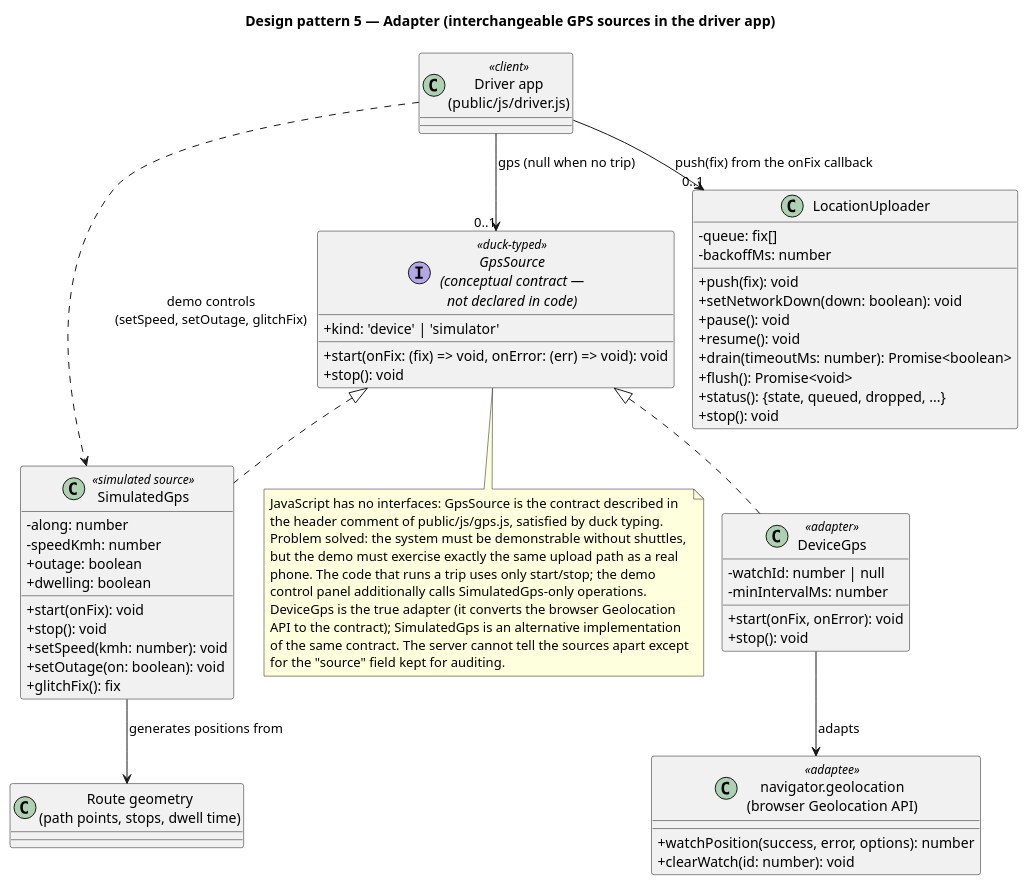
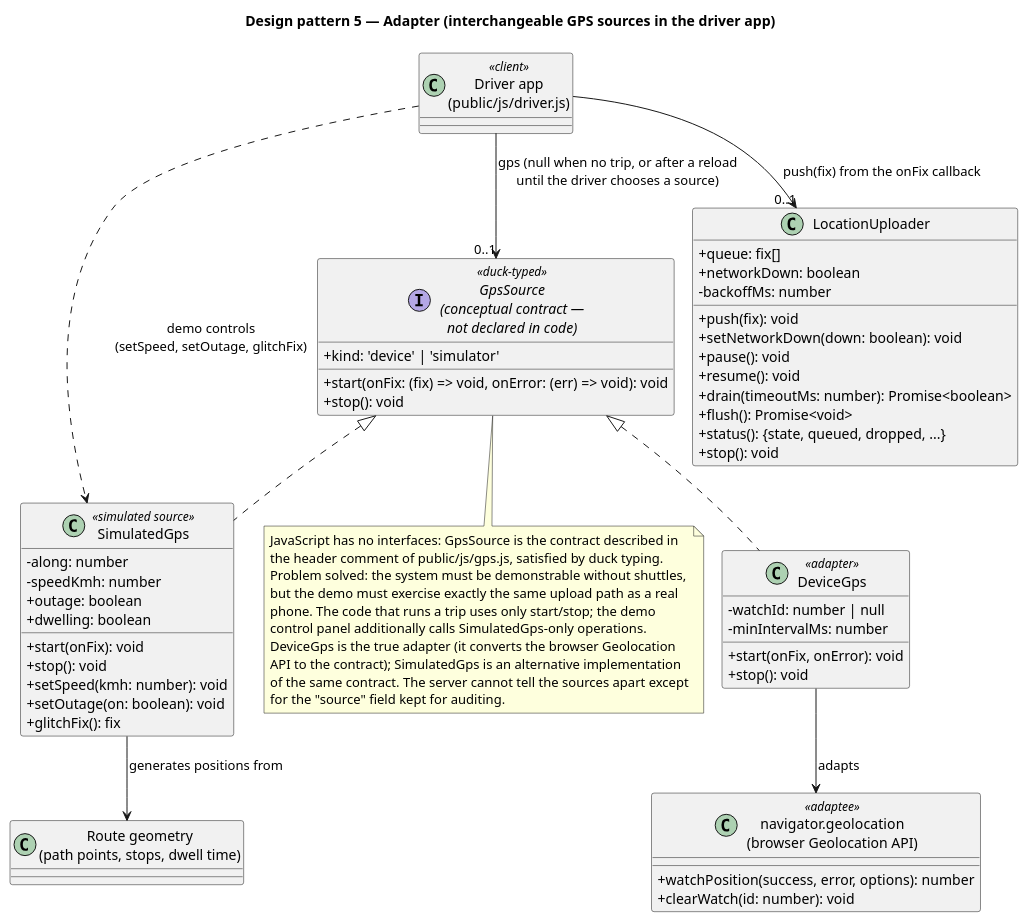
The diagram in docs/uml/16-pattern-adapter.puml (abdullahshammari796-ctrl/CampusShuttle), drawn with PlantUML before and after one commit. The commit also changed 14 other files, not shown here.

First line of the commit message:
docs(uml): correct 10 diagram sources after a second member-by-member comparison

```diff
--- a/docs/uml/16-pattern-adapter.puml
+++ b/docs/uml/16-pattern-adapter.puml
@@ -1,69 +1,70 @@
 @startuml 16-pattern-adapter
 !pragma layout smetana
 skinparam shadowing false
 skinparam defaultFontName Arial
 skinparam classAttributeIconSize 0
 title Design pattern 5 — Adapter (interchangeable GPS sources in the driver app)
 
 class "Driver app\n(public/js/driver.js)" as DriverApp <<client>>
 interface "GpsSource\n(conceptual contract —\nnot declared in code)" as GpsSource <<duck-typed>> {
   +kind: 'device' | 'simulator'
   +start(onFix: (fix) => void, onError: (err) => void): void
   +stop(): void
 }
 class DeviceGps <<adapter>> {
   -watchId: number | null
   -minIntervalMs: number
   +start(onFix, onError): void
   +stop(): void
 }
 class SimulatedGps <<simulated source>> {
   -along: number
   -speedKmh: number
   +outage: boolean
   +dwelling: boolean
   +start(onFix): void
   +stop(): void
   +setSpeed(kmh: number): void
   +setOutage(on: boolean): void
   +glitchFix(): fix
 }
 class "navigator.geolocation\n(browser Geolocation API)" as Geo <<adaptee>> {
   +watchPosition(success, error, options): number
   +clearWatch(id: number): void
 }
 class "Route geometry\n(path points, stops, dwell time)" as Geometry
 class LocationUploader {
-  -queue: fix[]
+  +queue: fix[]
+  +networkDown: boolean
   -backoffMs: number
   +push(fix): void
   +setNetworkDown(down: boolean): void
   +pause(): void
   +resume(): void
   +drain(timeoutMs: number): Promise<boolean>
   +flush(): Promise<void>
   +status(): {state, queued, dropped, ...}
   +stop(): void
 }
 
-DriverApp --> "0..1" GpsSource : gps (null when no trip)
+DriverApp --> "0..1" GpsSource : gps (null when no trip, or after a reload\nuntil the driver chooses a source)
 DriverApp --> "0..1" LocationUploader : push(fix) from the onFix callback
 DriverApp ..> SimulatedGps : demo controls\n(setSpeed, setOutage, glitchFix)
 GpsSource <|.. DeviceGps
 GpsSource <|.. SimulatedGps
 DeviceGps --> Geo : adapts
 SimulatedGps --> Geometry : generates positions from
 
 note bottom of GpsSource
   JavaScript has no interfaces: GpsSource is the contract described in
   the header comment of public/js/gps.js, satisfied by duck typing.
   Problem solved: the system must be demonstrable without shuttles,
   but the demo must exercise exactly the same upload path as a real
   phone. The code that runs a trip uses only start/stop; the demo
   control panel additionally calls SimulatedGps-only operations.
   DeviceGps is the true adapter (it converts the browser Geolocation
   API to the contract); SimulatedGps is an alternative implementation
   of the same contract. The server cannot tell the sources apart except
   for the "source" field kept for auditing.
 end note
 @enduml
```
